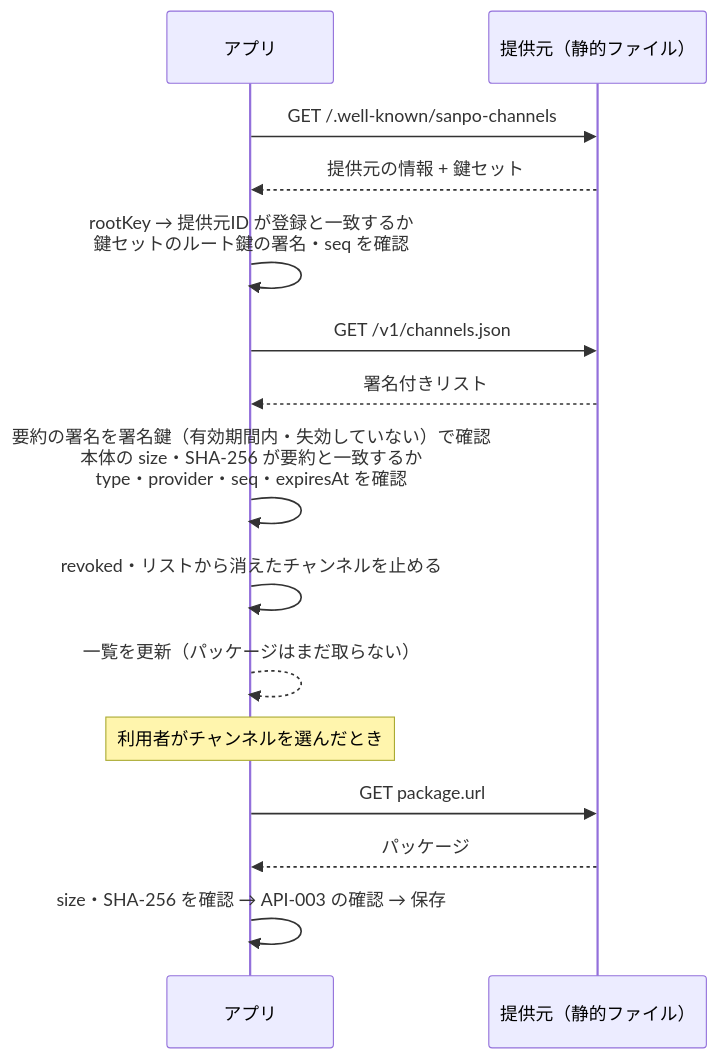
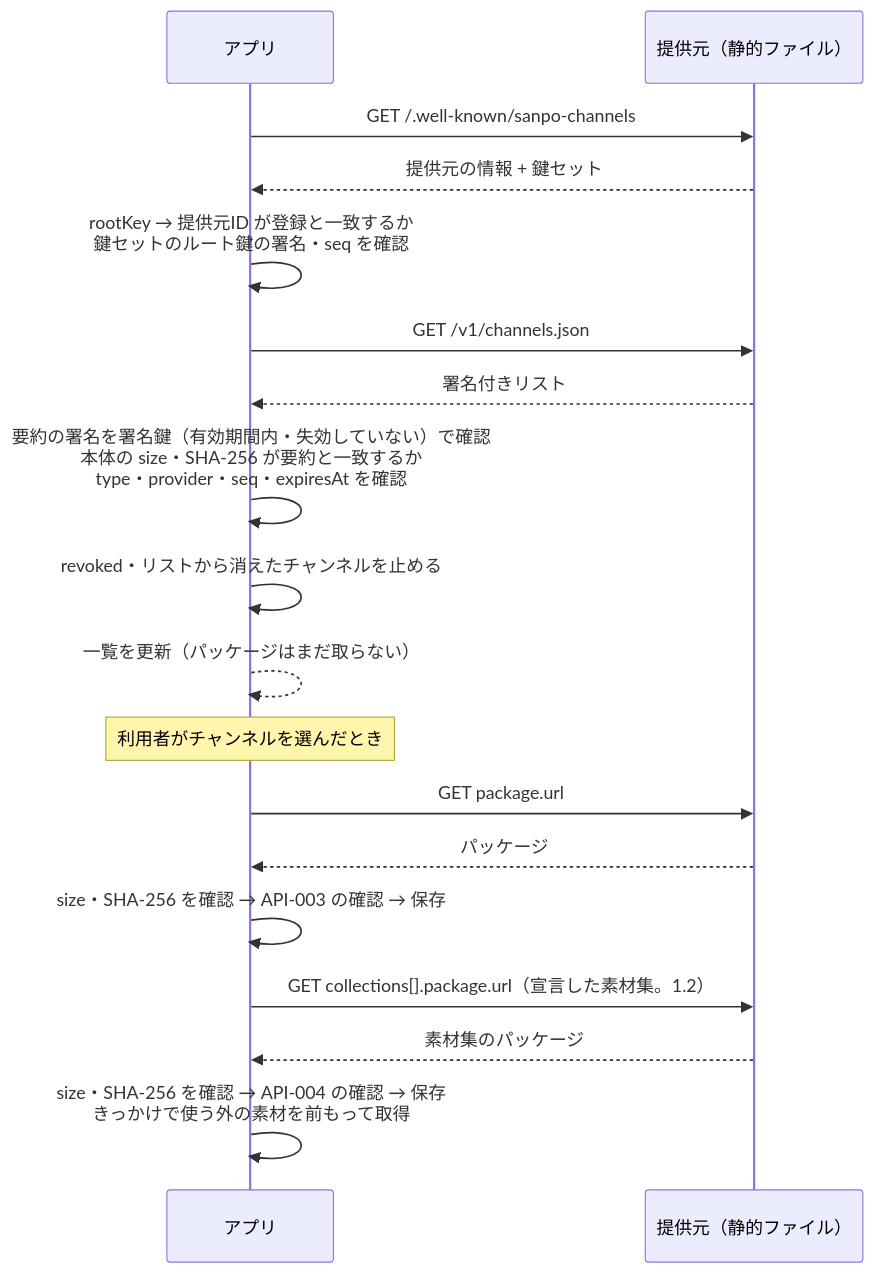
The second of 2 diagrams in docs/channel-list-api.md (duwenji/yorisoi-platform), drawn with Mermaid before and after one commit. The commit also changed other lines of this file and 2 other files, not shown here.

Commit message:
docs: 素材集に合わせて API-003・API-002 を 1.2 に改訂（草案）

````diff
--- a/docs/channel-list-api.md
+++ b/docs/channel-list-api.md
@@ -272,17 +320,20 @@
 ```mermaid
 sequenceDiagram
     participant A as アプリ
     participant H as 提供元（静的ファイル）
     A->>H: GET /.well-known/sanpo-channels
     H-->>A: 提供元の情報 + 鍵セット
     A->>A: rootKey → 提供元ID が登録と一致するか<br/>鍵セットのルート鍵の署名・seq を確認
     A->>H: GET /v1/channels.json
     H-->>A: 署名付きリスト
     A->>A: 要約の署名を署名鍵（有効期間内・失効していない）で確認<br/>本体の size・SHA-256 が要約と一致するか<br/>type・provider・seq・expiresAt を確認
     A->>A: revoked・リストから消えたチャンネルを止める
     A-->>A: 一覧を更新（パッケージはまだ取らない）
     Note over A: 利用者がチャンネルを選んだとき
     A->>H: GET package.url
     H-->>A: パッケージ
     A->>A: size・SHA-256 を確認 → API-003 の確認 → 保存
+    A->>H: GET collections[].package.url（宣言した素材集。1.2）
+    H-->>A: 素材集のパッケージ
+    A->>A: size・SHA-256 を確認 → API-004 の確認 → 保存<br/>きっかけで使う外の素材を前もって取得
 ```
````
